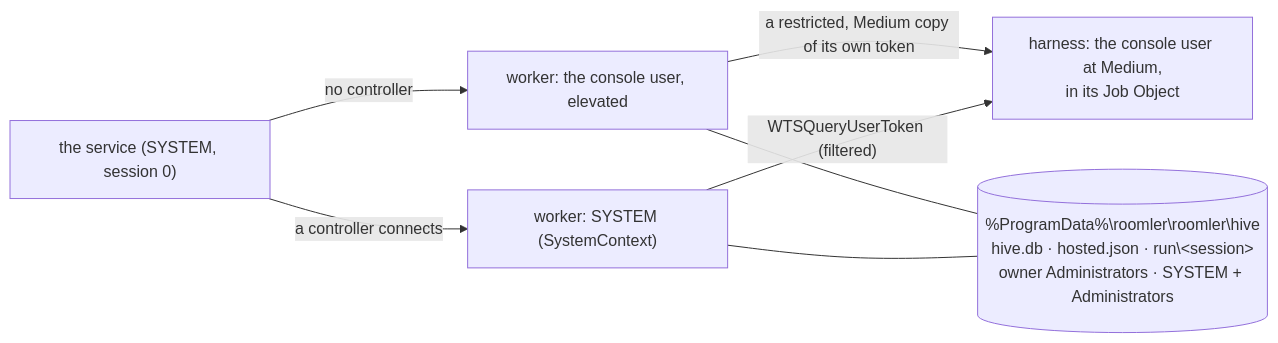
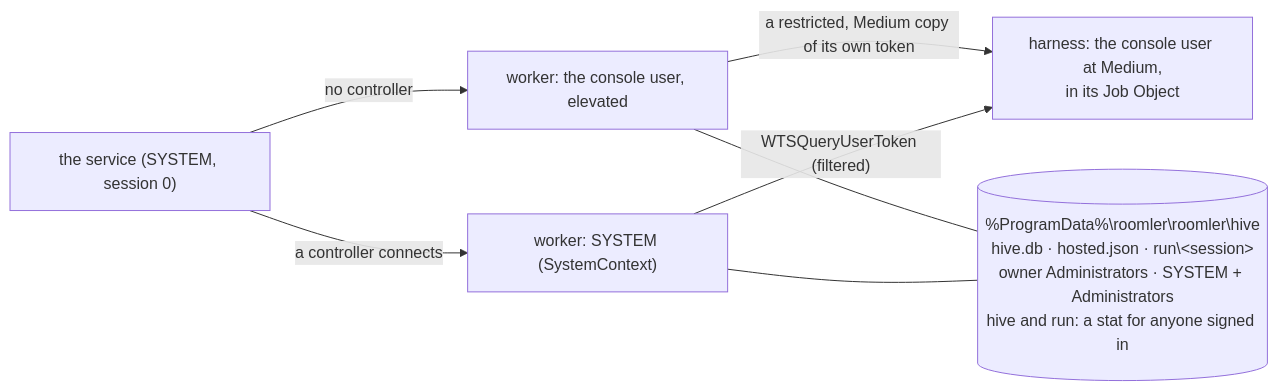
The ninth of 12 diagrams in docs/fr/FR-90-hive-agent-sessions.md (gjovanov/roomler-ai), drawn with Mermaid before and after one commit. The commit also changed other lines of this file, not shown here.

````diff
--- a/docs/fr/FR-90-hive-agent-sessions.md
+++ b/docs/fr/FR-90-hive-agent-sessions.md
@@ -493,9 +497,9 @@
 ```mermaid
 flowchart LR
     SVC["the service (SYSTEM, session 0)"] -- "no controller" --> U["worker: the console user, elevated"]
     SVC -- "a controller connects" --> S["worker: SYSTEM (SystemContext)"]
     U -- "a restricted, Medium copy of its own token" --> H["harness: the console user at Medium,<br/>in its Job Object"]
     S -- "WTSQueryUserToken (filtered)" --> H
-    U --- D[("%ProgramData%\roomler\roomler\hive<br/>hive.db · hosted.json · run\&lt;session&gt;<br/>owner Administrators · SYSTEM + Administrators")]
+    U --- D[("%ProgramData%\roomler\roomler\hive<br/>hive.db · hosted.json · run\&lt;session&gt;<br/>owner Administrators · SYSTEM + Administrators<br/>hive and run: a stat for anyone signed in")]
     S --- D
 ```
````
